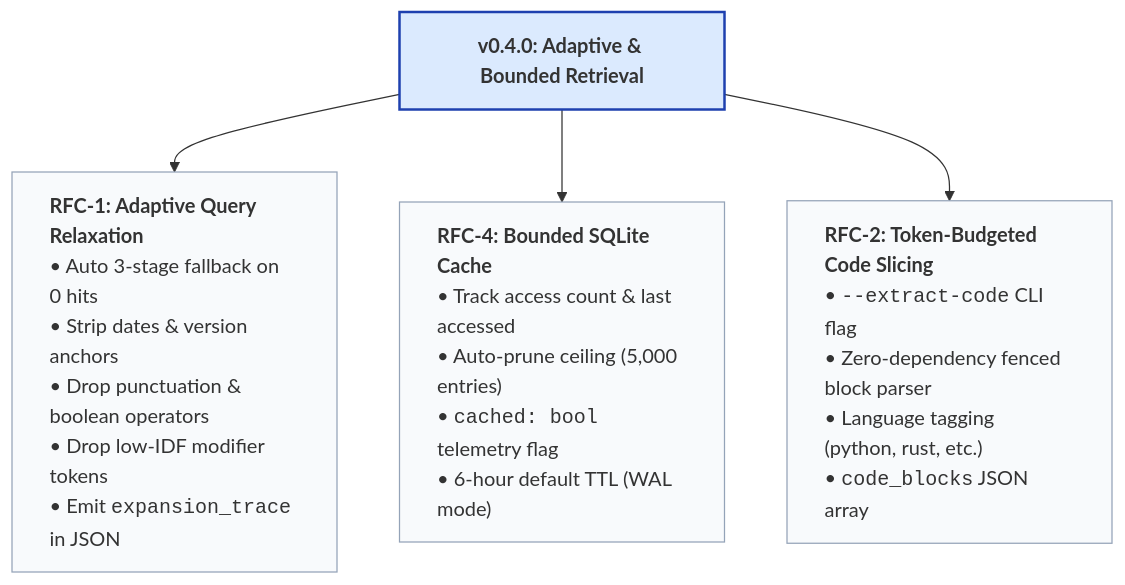
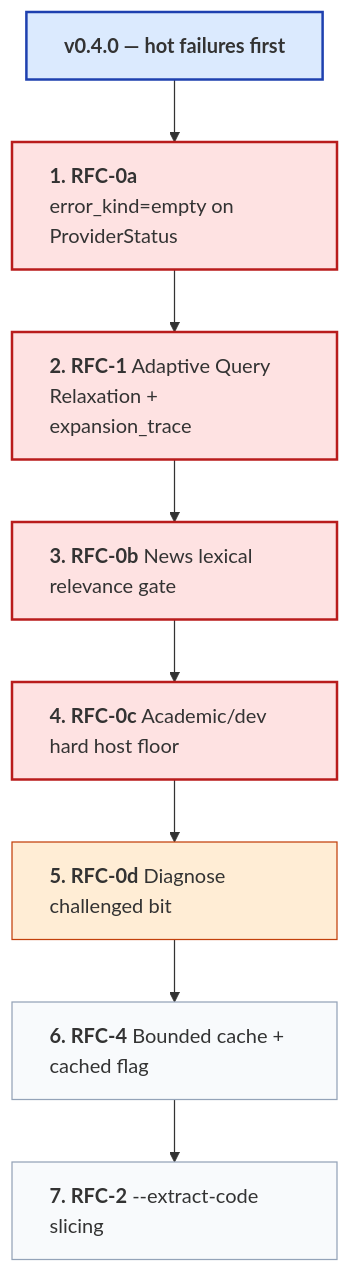
The diagram in ROADMAP.md (Alih-b/Josty), drawn with Mermaid before and after one commit. The commit also changed other lines of this file and 2 other files, not shown here.

First line of the commit message:
docs: prioritize v0.4.0 roadmap by hot high-ROI failures

````diff
--- a/ROADMAP.md
+++ b/ROADMAP.md
@@ -23,17 +35,19 @@
 ```mermaid
 graph TD
-    classDef card fill:#f8fafc,stroke:#94a3b8,stroke-width:1px,text-align:left;
+    classDef hot fill:#fee2e2,stroke:#b91c1c,stroke-width:2px,text-align:left;
+    classDef warm fill:#ffedd5,stroke:#c2410c,stroke-width:1px,text-align:left;
+    classDef cool fill:#f8fafc,stroke:#94a3b8,stroke-width:1px,text-align:left;
     classDef title fill:#dbeafe,stroke:#1e40af,stroke-width:2px,font-weight:bold;
 
-    V4["<b>v0.4.0: Adaptive & Bounded Retrieval</b>"]:::title
+    V4["<b>v0.4.0 — hot failures first</b>"]:::title
 
-    RFC1["<b>RFC-1: Adaptive Query Relaxation</b><br/>• Auto 3-stage fallback on 0 hits<br/>• Strip dates & version anchors<br/>• Drop punctuation & boolean operators<br/>• Drop low-IDF modifier tokens<br/>• Emit <code>expansion_trace</code> in JSON"]:::card
+    R0a["<b>1. RFC-0a</b> error_kind=empty on ProviderStatus"]:::hot
+    R1["<b>2. RFC-1</b> Adaptive Query Relaxation + expansion_trace"]:::hot
+    R0b["<b>3. RFC-0b</b> News lexical relevance gate"]:::hot
+    R0c["<b>4. RFC-0c</b> Academic/dev hard host floor"]:::hot
+    R0d["<b>5. RFC-0d</b> Diagnose challenged bit"]:::warm
+    R4["<b>6. RFC-4</b> Bounded cache + cached flag"]:::cool
+    R2["<b>7. RFC-2</b> --extract-code slicing"]:::cool
 
-    RFC4["<b>RFC-4: Bounded SQLite Cache</b><br/>• Track access count & last accessed<br/>• Auto-prune ceiling (5,000 entries)<br/>• <code>cached: bool</code> telemetry flag<br/>• 6-hour default TTL (WAL mode)"]:::card
-
-    RFC2["<b>RFC-2: Token-Budgeted Code Slicing</b><br/>• <code>--extract-code</code> CLI flag<br/>• Zero-dependency fenced block parser<br/>• Language tagging (python, rust, etc.)<br/>• <code>code_blocks</code> JSON array"]:::card
-
-    V4 --> RFC1
-    V4 --> RFC4
-    V4 --> RFC2
+    V4 --> R0a --> R1 --> R0b --> R0c --> R0d --> R4 --> R2
 ```
````
